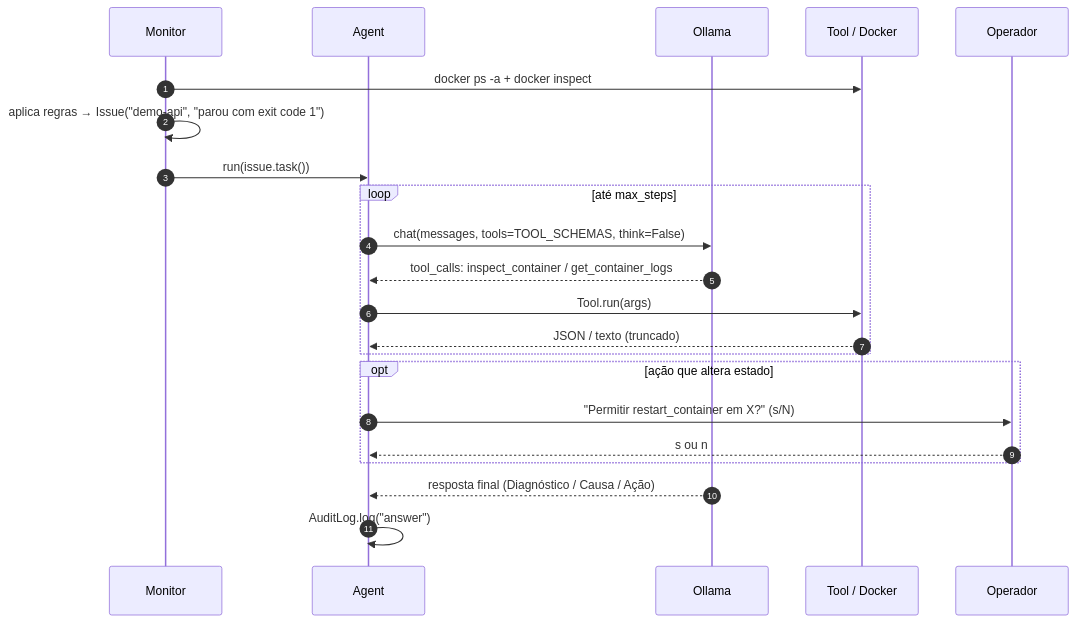
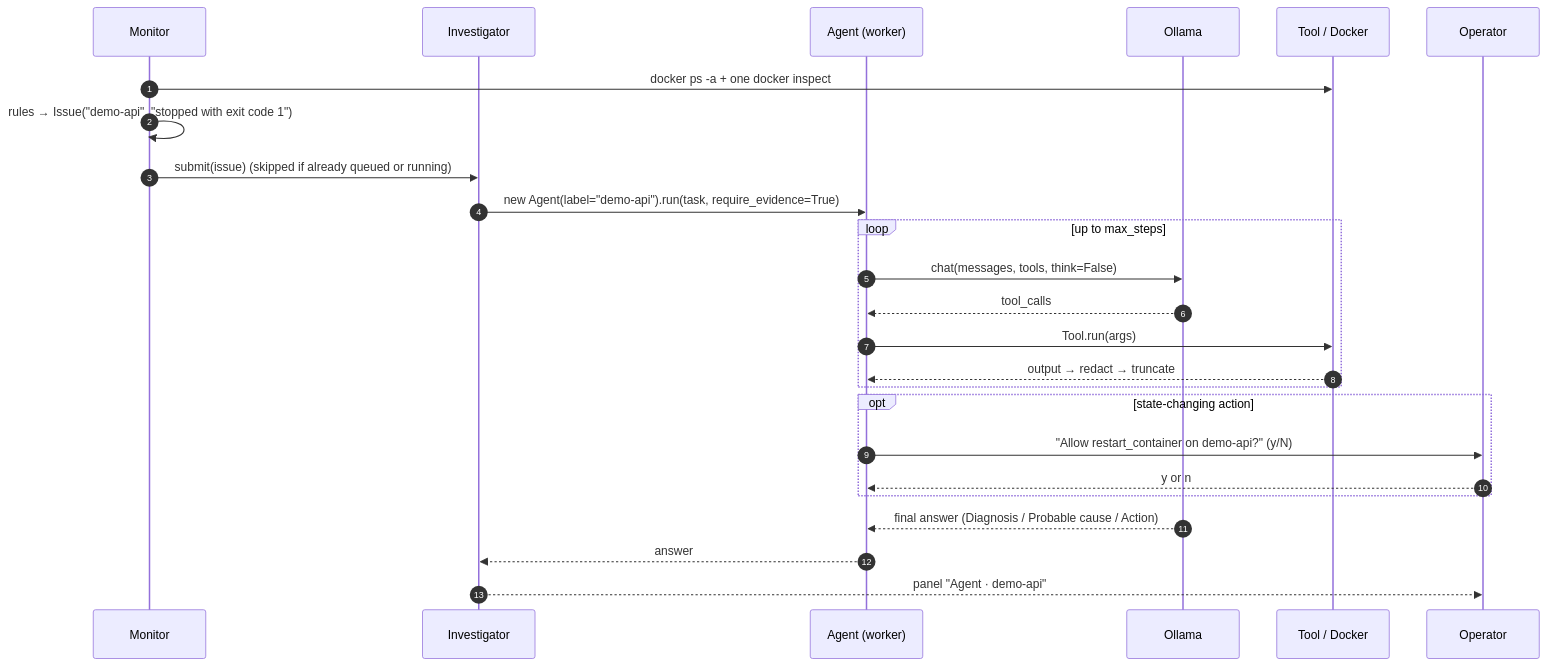
The third of 3 diagrams in README.md (umdevaprendiz/agents-DevOps), drawn with Mermaid before and after one commit. The commit also changed other lines of this file and 41 other files, not shown here.

````diff
--- a/README.md
+++ b/README.md
@@ -171,25 +191,28 @@
 ```mermaid
 sequenceDiagram
     autonumber
     participant M as Monitor
-    participant A as Agent
+    participant I as Investigator
+    participant A as Agent (worker)
     participant O as Ollama
     participant T as Tool / Docker
-    participant H as Operador
+    participant H as Operator
 
-    M->>T: docker ps -a + docker inspect
-    M->>M: aplica regras → Issue("demo-api", "parou com exit code 1")
-    M->>A: run(issue.task())
-    loop até max_steps
-        A->>O: chat(messages, tools=TOOL_SCHEMAS, think=False)
-        O-->>A: tool_calls: inspect_container / get_container_logs
+    M->>T: docker ps -a + one docker inspect
+    M->>M: rules → Issue("demo-api", "stopped with exit code 1")
+    M->>I: submit(issue)  (skipped if already queued or running)
+    I->>A: new Agent(label="demo-api").run(task, require_evidence=True)
+    loop up to max_steps
+        A->>O: chat(messages, tools, think=False)
+        O-->>A: tool_calls
         A->>T: Tool.run(args)
-        T-->>A: JSON / texto (truncado)
+        T-->>A: output → redact → truncate
     end
-    opt ação que altera estado
-        A->>H: "Permitir restart_container em X?" (s/N)
-        H-->>A: s ou n
+    opt state-changing action
+        A->>H: "Allow restart_container on demo-api?" (y/N)
+        H-->>A: y or n
     end
-    O-->>A: resposta final (Diagnóstico / Causa / Ação)
-    A->>A: AuditLog.log("answer")
+    O-->>A: final answer (Diagnosis / Probable cause / Action)
+    A-->>I: answer
+    I-->>H: panel "Agent · demo-api"
 ```
````
